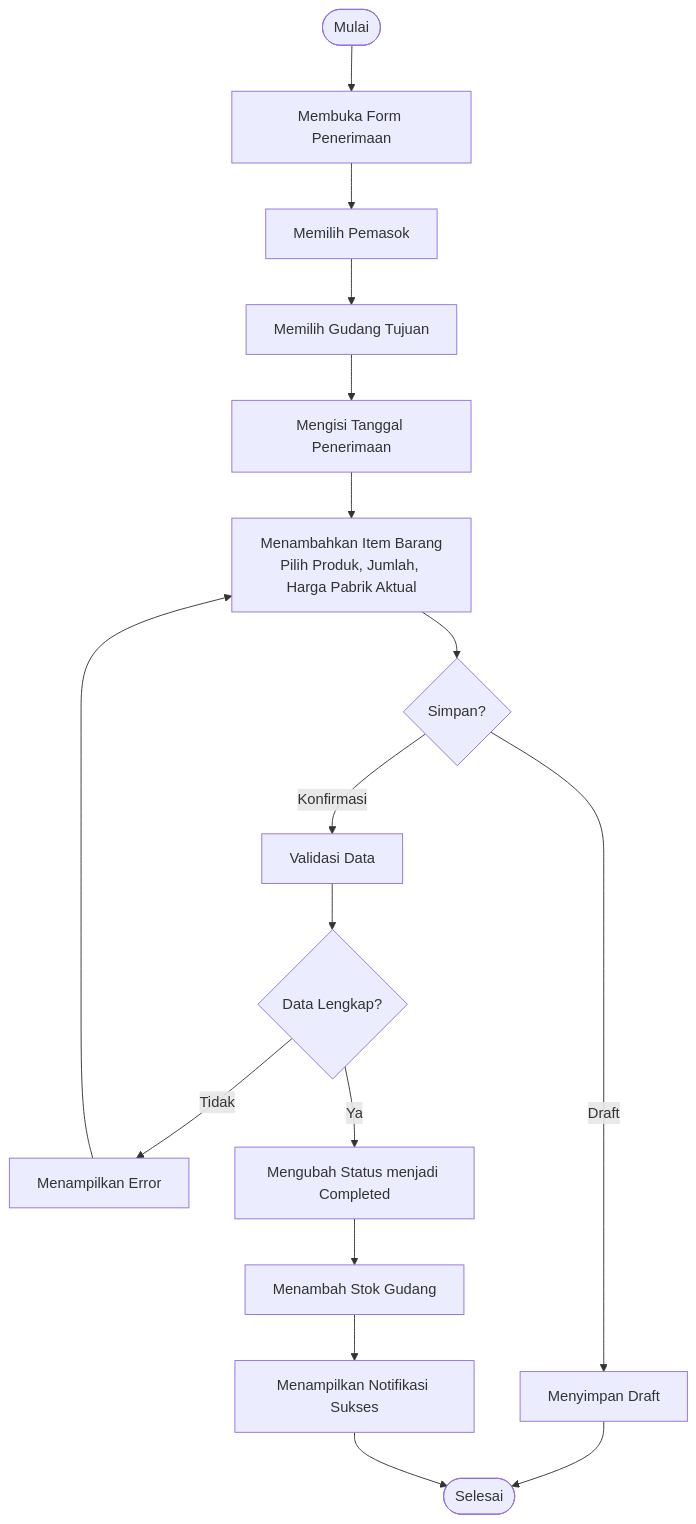
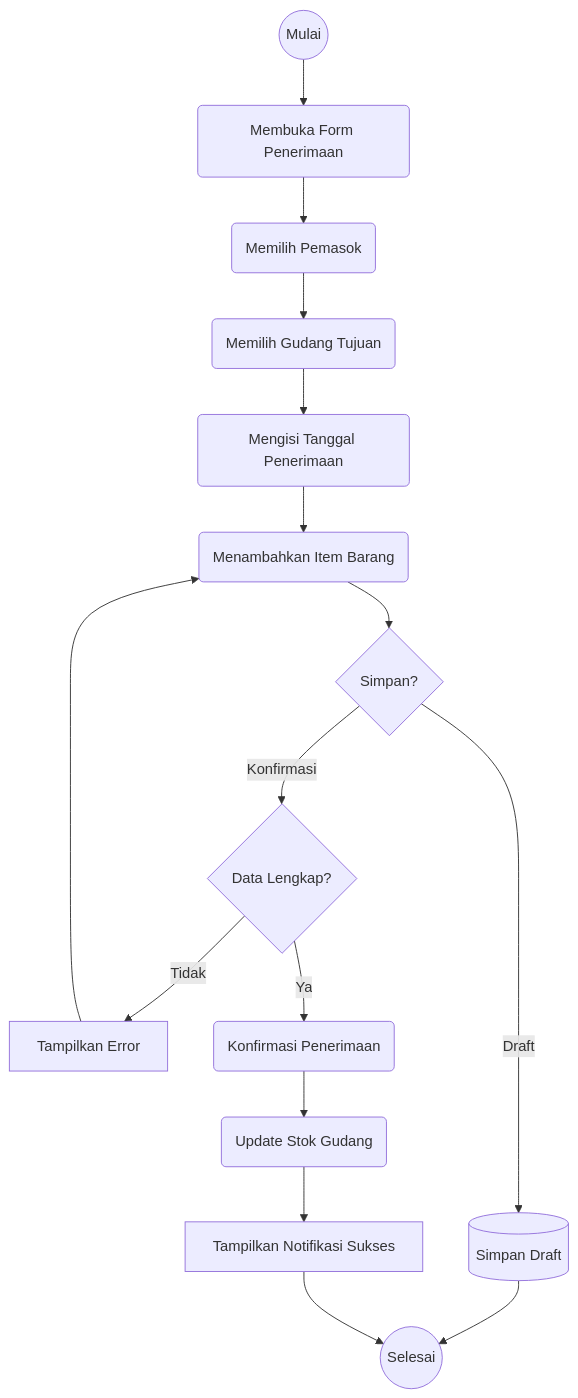
The fourth of 8 diagrams in diagram-mermaid.md (MuhamadAdhiWinata/Sistem-Informasi-Konsinyasi), drawn with Mermaid before and after one commit. The commit also changed other lines of this file and 5 other files, not shown here.

````diff
--- a/diagram-mermaid.md
+++ b/diagram-mermaid.md
@@ -406,19 +427,19 @@
 ```mermaid
 flowchart TD
-    Start([Mulai]) --> A[Membuka Form Penerimaan]
-    A --> B[Memilih Pemasok]
-    B --> C[Memilih Gudang Tujuan]
-    C --> D[Mengisi Tanggal Penerimaan]
-    D --> E[Menambahkan Item Barang\nPilih Produk, Jumlah, Harga Pabrik Aktual]
-    E --> F{Simpan?}
-    F -->|Draft| G[Menyimpan Draft]
-    F -->|Konfirmasi| H[Validasi Data]
-    H --> I{Data Lengkap?}
-    I -->|Tidak| J[Menampilkan Error]
-    J --> E
-    I -->|Ya| K[Mengubah Status menjadi Completed]
-    K --> L[Menambah Stok Gudang]
-    L --> M[Menampilkan Notifikasi Sukses]
-    G --> End([Selesai])
-    M --> End
+    Start((Mulai))
+    Start --> A1(Membuka Form Penerimaan)
+    A1 --> A2(Memilih Pemasok)
+    A2 --> A3(Memilih Gudang Tujuan)
+    A3 --> A4(Mengisi Tanggal Penerimaan)
+    A4 --> A5(Menambahkan Item Barang)
+    A5 --> D1{Simpan?}
+    D1 -->|Draft| E1[(Simpan Draft)]
+    D1 -->|Konfirmasi| D2{Data Lengkap?}
+    D2 -->|Tidak| Err1[Tampilkan Error]
+    Err1 --> A5
+    D2 -->|Ya| A6(Konfirmasi Penerimaan)
+    A6 --> A7(Update Stok Gudang)
+    A7 --> Notif1[Tampilkan Notifikasi Sukses]
+    E1 --> End((Selesai))
+    Notif1 --> End
 ```
````
